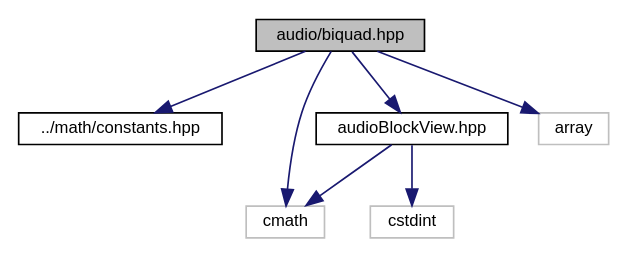
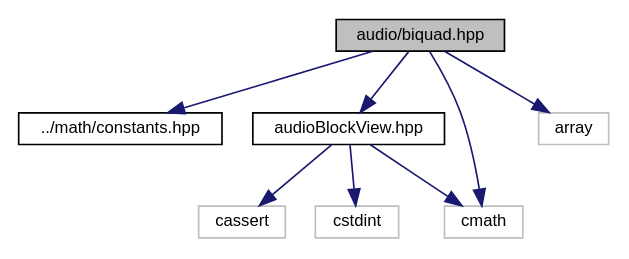
The diagram in docs/biquad_8hpp__incl.dot (AkiyukiOkayasu/ame), drawn with Graphviz before and after one commit. The commit also changed 87 other files, not shown here.

```diff
--- a/docs/biquad_8hpp__incl.dot
+++ b/docs/biquad_8hpp__incl.dot
@@ -1,18 +1,20 @@
 digraph "audio/biquad.hpp"
 {
  // LATEX_PDF_SIZE
   edge [fontname="Helvetica",fontsize="10",labelfontname="Helvetica",labelfontsize="10"];
   node [fontname="Helvetica",fontsize="10",shape=record];
   Node1 [label="audio/biquad.hpp",height=0.2,width=0.4,color="black", fillcolor="grey75", style="filled", fontcolor="black",tooltip="BiQuad filter."];
   Node1 -> Node2 [color="midnightblue",fontsize="10",style="solid",fontname="Helvetica"];
   Node2 [label="../math/constants.hpp",height=0.2,width=0.4,color="black", fillcolor="white", style="filled",URL="$constants_8hpp.html",tooltip="Math constants."];
   Node1 -> Node3 [color="midnightblue",fontsize="10",style="solid",fontname="Helvetica"];
   Node3 [label="audioBlockView.hpp",height=0.2,width=0.4,color="black", fillcolor="white", style="filled",URL="$audio_block_view_8hpp.html",tooltip="Audio Block View."];
   Node3 -> Node4 [color="midnightblue",fontsize="10",style="solid",fontname="Helvetica"];
-  Node4 [label="cmath",height=0.2,width=0.4,color="grey75", fillcolor="white", style="filled",tooltip=" "];
+  Node4 [label="cassert",height=0.2,width=0.4,color="grey75", fillcolor="white", style="filled",tooltip=" "];
   Node3 -> Node5 [color="midnightblue",fontsize="10",style="solid",fontname="Helvetica"];
-  Node5 [label="cstdint",height=0.2,width=0.4,color="grey75", fillcolor="white", style="filled",tooltip=" "];
-  Node1 -> Node6 [color="midnightblue",fontsize="10",style="solid",fontname="Helvetica"];
-  Node6 [label="array",height=0.2,width=0.4,color="grey75", fillcolor="white", style="filled",tooltip=" "];
-  Node1 -> Node4 [color="midnightblue",fontsize="10",style="solid",fontname="Helvetica"];
+  Node5 [label="cmath",height=0.2,width=0.4,color="grey75", fillcolor="white", style="filled",tooltip=" "];
+  Node3 -> Node6 [color="midnightblue",fontsize="10",style="solid",fontname="Helvetica"];
+  Node6 [label="cstdint",height=0.2,width=0.4,color="grey75", fillcolor="white", style="filled",tooltip=" "];
+  Node1 -> Node7 [color="midnightblue",fontsize="10",style="solid",fontname="Helvetica"];
+  Node7 [label="array",height=0.2,width=0.4,color="grey75", fillcolor="white", style="filled",tooltip=" "];
+  Node1 -> Node5 [color="midnightblue",fontsize="10",style="solid",fontname="Helvetica"];
 }
```
